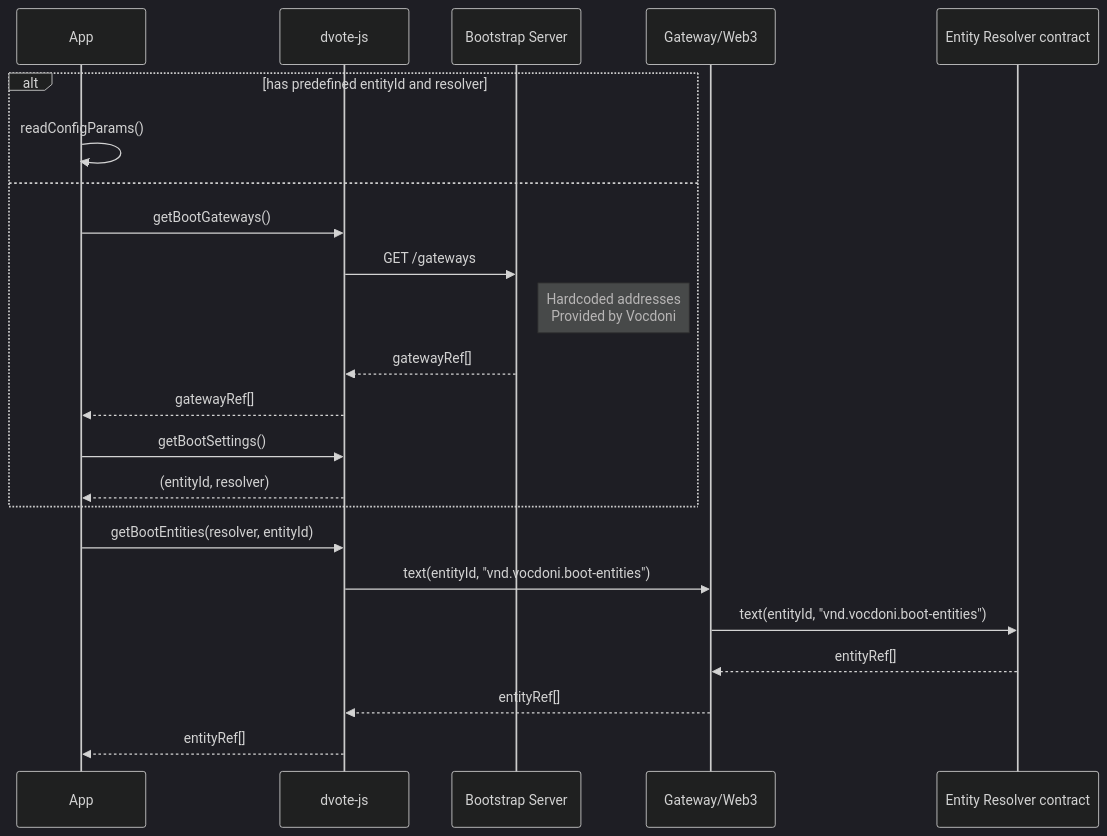
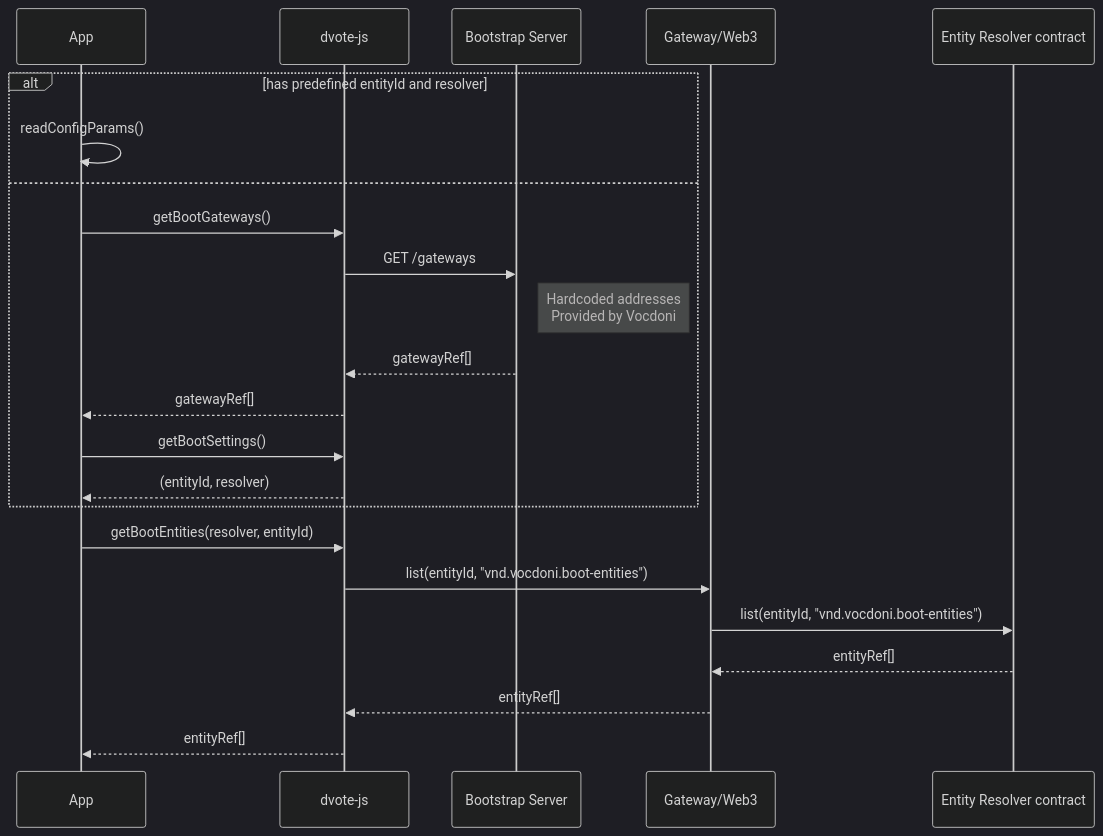
One commit to vocdoni/docs changed the second of 15 diagrams in docs/architecture/sequence-diagrams.md. Above: the diagram before and after it, drawn with Mermaid (dark theme).

Commit message:
list() instead of text()

````diff
--- a/docs/architecture/sequence-diagrams.md
+++ b/docs/architecture/sequence-diagrams.md
@@ -93,30 +93,30 @@
 ```mermaid
 
 sequenceDiagram
     participant App
     participant DV as dvote-js
     participant BS as Bootstrap Server
     participant GW as Gateway/Web3
     participant ER as Entity Resolver contract
 
     alt has predefined entityId and resolver
         App->>App: readConfigParams()
     else
         App->>DV: getBootGateways()
         DV->>BS: GET /gateways
         note right of BS: Hardcoded addresses<br/>Provided by Vocdoni
         BS-->>DV: gatewayRef[]
         DV-->>App: gatewayRef[]
 
         App->>DV: getBootSettings()
         DV-->>App: (entityId, resolver)
     end
 
     App->>DV: getBootEntities(resolver, entityId)
-        DV->>GW: text(entityId, "vnd.vocdoni.boot-entities")
-            GW->>ER: text(entityId, "vnd.vocdoni.boot-entities")
+        DV->>GW: list(entityId, "vnd.vocdoni.boot-entities")
+            GW->>ER: list(entityId, "vnd.vocdoni.boot-entities")
             ER-->>GW: entityRef[]
         GW-->>DV: entityRef[]
     DV-->>App:  entityRef[]
 
 ```
````
